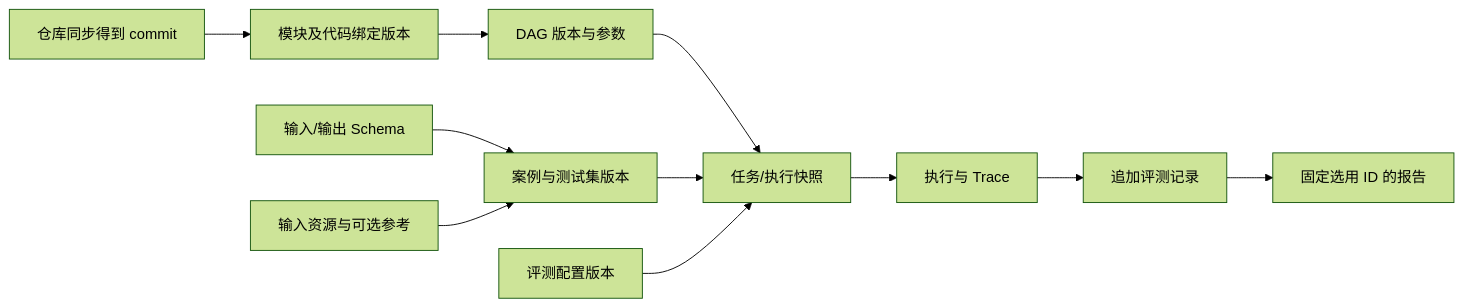
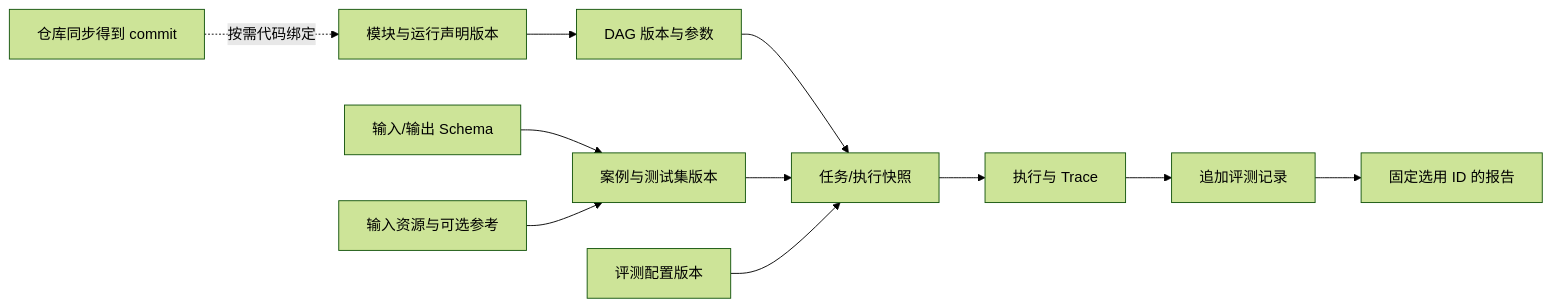
Before and after one commit to Minecodex/TestFlow: the second of 2 diagrams in docs/voice-test-platform/08-数据关系与版本设计.md, drawn with Mermaid (forest theme). The commit also changed other lines of this file and 121 other files, not shown here.

````diff
--- a/docs/voice-test-platform/08-数据关系与版本设计.md
+++ b/docs/voice-test-platform/08-数据关系与版本设计.md
@@ -68,13 +68,13 @@
 ```mermaid
 flowchart LR
-    R["仓库同步得到 commit"] --> M["模块及代码绑定版本"]
+    R["仓库同步得到 commit"] -. 按需代码绑定 .-> M["模块与运行声明版本"]
     M --> P["DAG 版本与参数"]
     S["输入/输出 Schema"] --> D["案例与测试集版本"]
     A["输入资源与可选参考"] --> D
     P --> X["任务/执行快照"]
     D --> X
     E["评测配置版本"] --> X
     X --> T["执行与 Trace"]
     T --> V["追加评测记录"]
     V --> H["固定选用 ID 的报告"]
 ```
````
